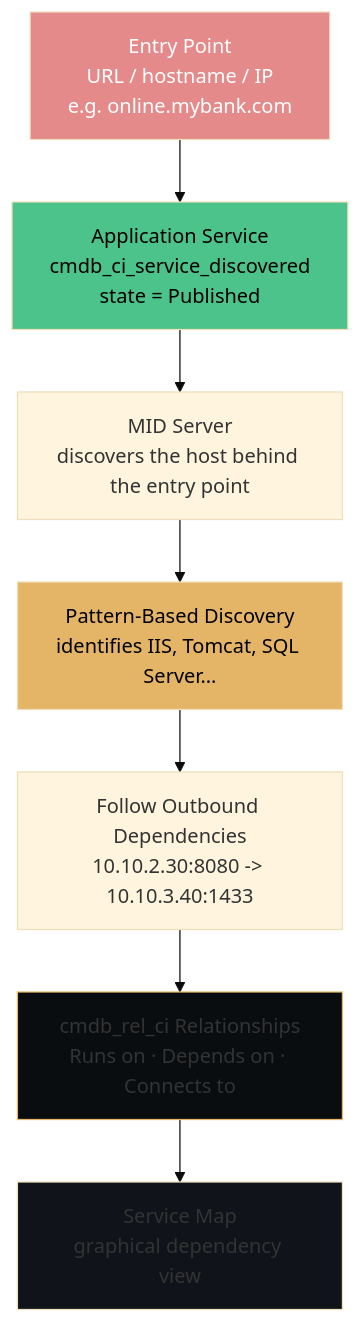
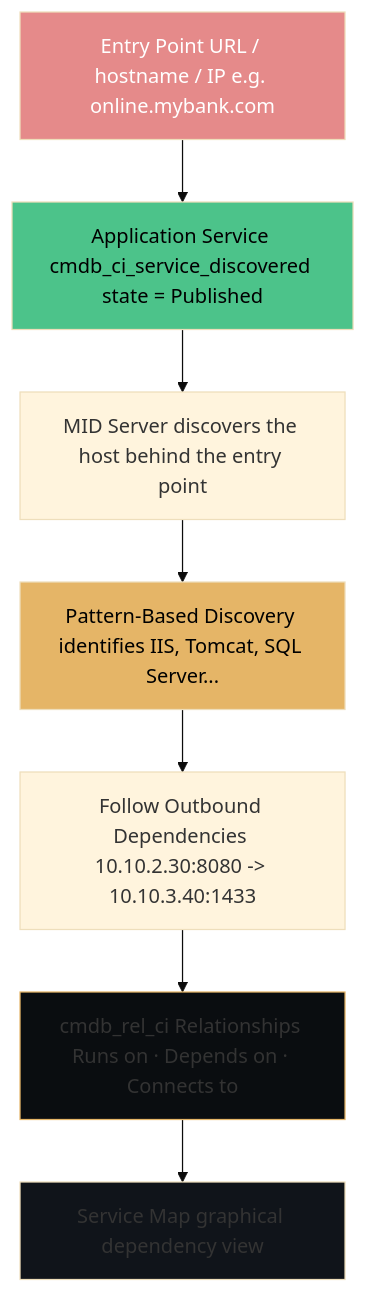
One commit to eltonaguiar/ServiceNow_Learning_TSOM-_CSM_FSM_SalesCRM_HAM_ITSM changed the third of 5 diagrams in docs/modules/servicemapping/servicemapping-guide.md. Above: the diagram before and after it, drawn with Mermaid (base theme). The commit also changed other lines of this file and 11 other files, not shown here.

First line of the commit message:
Fix all mermaid diagrams: remove br/ tags that break rendering on GitHub Pages

````diff
--- a/docs/modules/servicemapping/servicemapping-guide.md
+++ b/docs/modules/servicemapping/servicemapping-guide.md
@@ -338,24 +338,24 @@
 ```mermaid
 flowchart TD
-    Entry["Entry Point<br/>URL / hostname / IP<br/>e.g. online.mybank.com"]
-    Service["Application Service<br/>cmdb_ci_service_discovered<br/>state = Published"]
-    MID["MID Server<br/>discovers the host behind the entry point"]
-    Pattern["Pattern-Based Discovery<br/>identifies IIS, Tomcat, SQL Server..."]
-    Dep["Follow Outbound Dependencies<br/>10.10.2.30:8080 -> 10.10.3.40:1433"]
-    Rel["cmdb_rel_ci Relationships<br/>Runs on · Depends on · Connects to"]
-    Map["Service Map<br/>graphical dependency view"]
+    Entry["Entry Point URL / hostname / IP e.g. online.mybank.com"]
+    Service["Application Service cmdb_ci_service_discovered state = Published"]
+    MID["MID Server discovers the host behind the entry point"]
+    Pattern["Pattern-Based Discovery identifies IIS, Tomcat, SQL Server..."]
+    Dep["Follow Outbound Dependencies 10.10.2.30:8080 -> 10.10.3.40:1433"]
+    Rel["cmdb_rel_ci Relationships Runs on · Depends on · Connects to"]
+    Map["Service Map graphical dependency view"]
 
     Entry --> Service
     Service --> MID
     MID --> Pattern
     Pattern --> Dep
     Dep --> Rel
     Rel --> Map
 
     style Entry fill:#e58a8a,color:#fff
     style Service fill:#4cc38a,color:#000
     style Pattern fill:#e5b567,color:#000
     style Rel fill:#0a0d10,stroke:#e5b567
     style Map fill:#10141a
 
 ```
````
